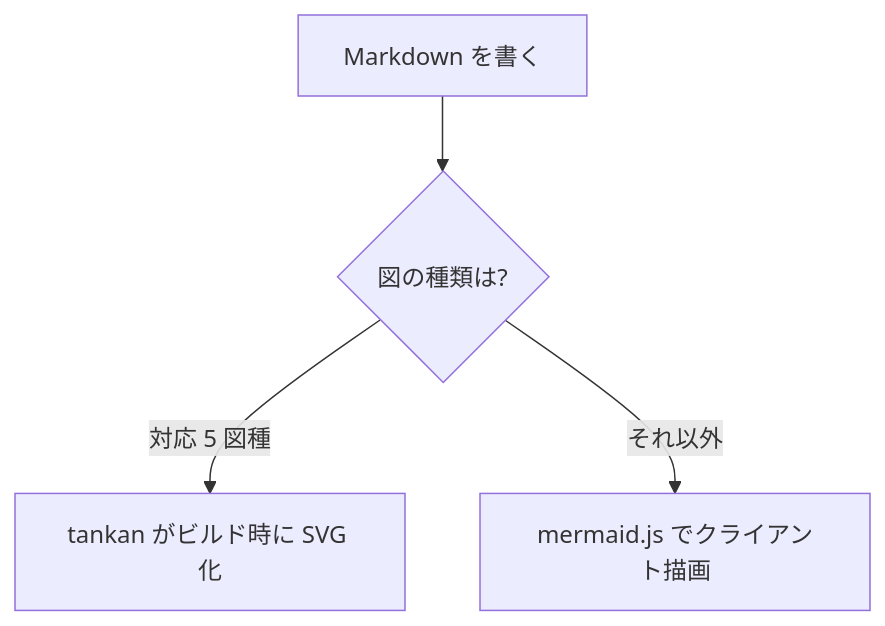
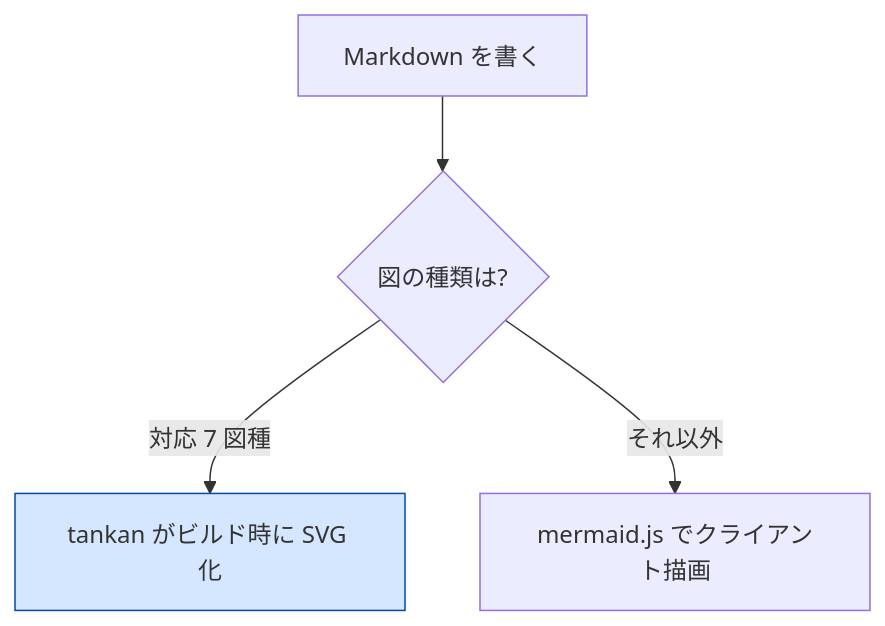
Before and after one commit to ai-implementer/yuzu: the first of 6 diagrams in crates/yuzu-cli/scaffold/getting-started.md, drawn with Mermaid. The commit also changed other lines of this file and 26 other files, not shown here.

First line of the commit message:
dogfooding 改善: flowchart スタイル構文・OpenAPI ファイル間 $ref・UI 修正（Phase 23）

````diff
--- a/crates/yuzu-cli/scaffold/getting-started.md
+++ b/crates/yuzu-cli/scaffold/getting-started.md
@@ -131,6 +135,7 @@
 ```mermaid
 flowchart TD
     A[Markdown を書く] --> B{図の種類は?}
-    B -->|対応 5 図種| C[tankan がビルド時に SVG 化]
+    B -->|対応 7 図種| C[tankan がビルド時に SVG 化]:::ssr
     B -->|それ以外| D[mermaid.js でクライアント描画]
+    classDef ssr fill:#d5e7fe,stroke:#014ba5
 ```
````
